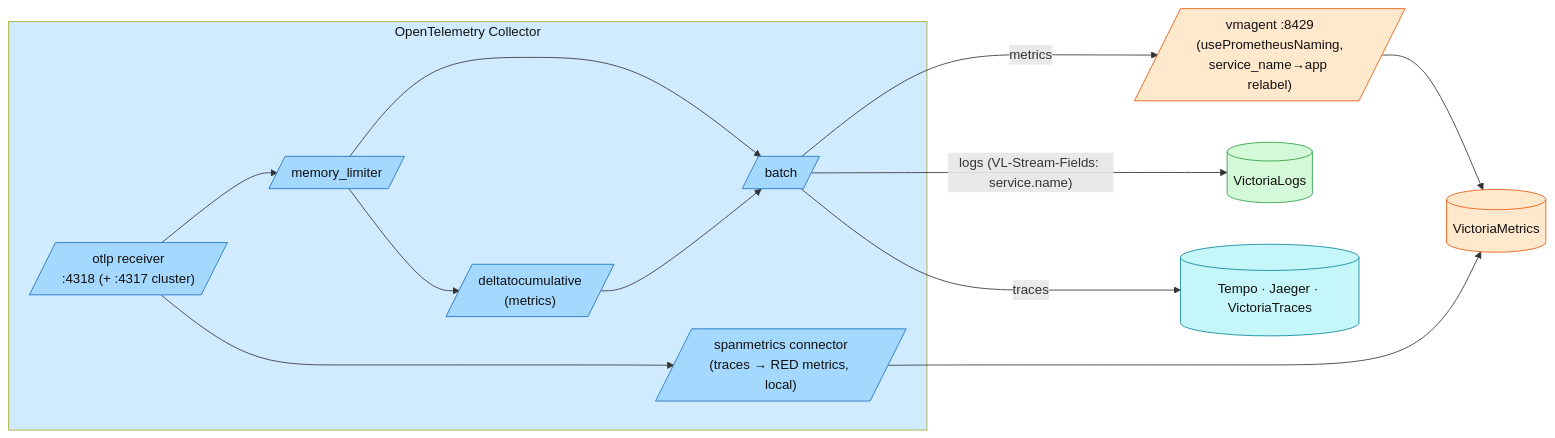
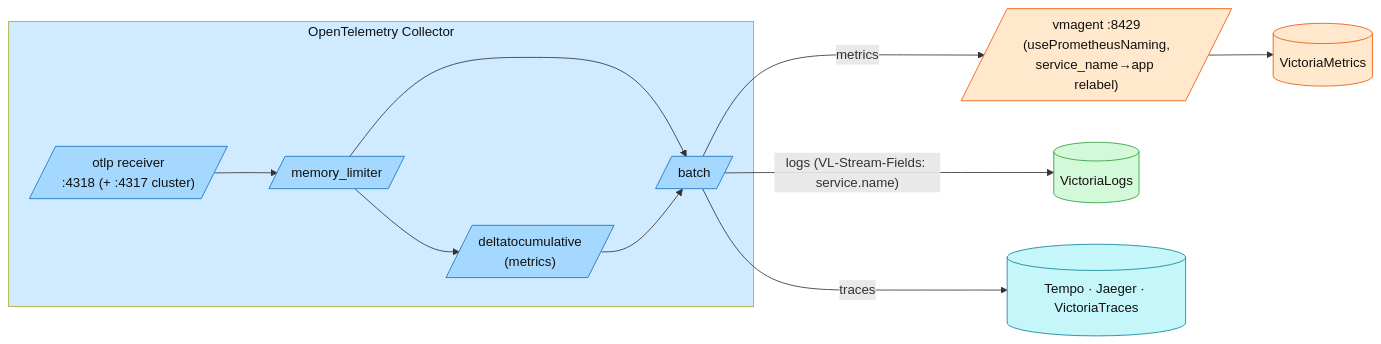
Before and after one commit to duynhlab/homelab: the seventh of 7 diagrams in docs/observability/rfc-0014-explainer.md, drawn with Mermaid. The commit also changed other lines of this file and 13 other files, not shown here.

````diff
--- a/docs/observability/rfc-0014-explainer.md
+++ b/docs/observability/rfc-0014-explainer.md
@@ -319,27 +320,24 @@
 ```mermaid
 flowchart LR
     subgraph col["OpenTelemetry Collector"]
         rcv[/"otlp receiver<br/>:4318 (+ :4317 cluster)"/]
         ml[/"memory_limiter"/]
         d2c[/"deltatocumulative<br/>(metrics)"/]
         batch[/"batch"/]
-        sm[/"spanmetrics connector<br/>(traces → RED metrics, local)"/]
         rcv --> ml --> batch
         ml --> d2c --> batch
-        rcv --> sm
     end
     batch -->|"metrics"| vma[/"vmagent :8429<br/>(usePrometheusNaming,<br/>service_name→app relabel)"/]
     vma --> vm[(VictoriaMetrics)]
     batch -->|"logs (VL-Stream-Fields: service.name)"| vl[(VictoriaLogs)]
     batch -->|"traces"| tr[(Tempo · Jaeger · VictoriaTraces)]
-    sm --> vm
     classDef otc fill:#a5d8ff,stroke:#1971c2,color:#111;
     classDef metric fill:#ffe8cc,stroke:#e8590c,color:#111;
     classDef log fill:#d3f9d8,stroke:#2f9e44,color:#111;
     classDef trace fill:#c5f6fa,stroke:#0c8599,color:#111;
-    class rcv,ml,d2c,batch,sm otc;
+    class rcv,ml,d2c,batch otc;
     class vma,vm metric;
     class vl log;
     class tr trace;
     style col fill:#d0ebff,color:#111;
 ```
````
